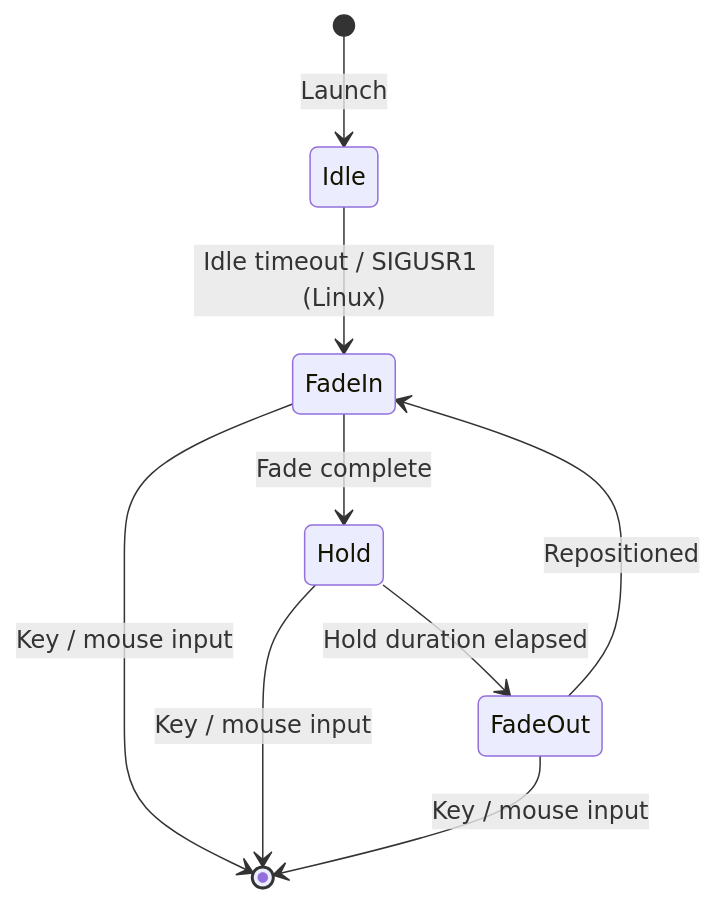
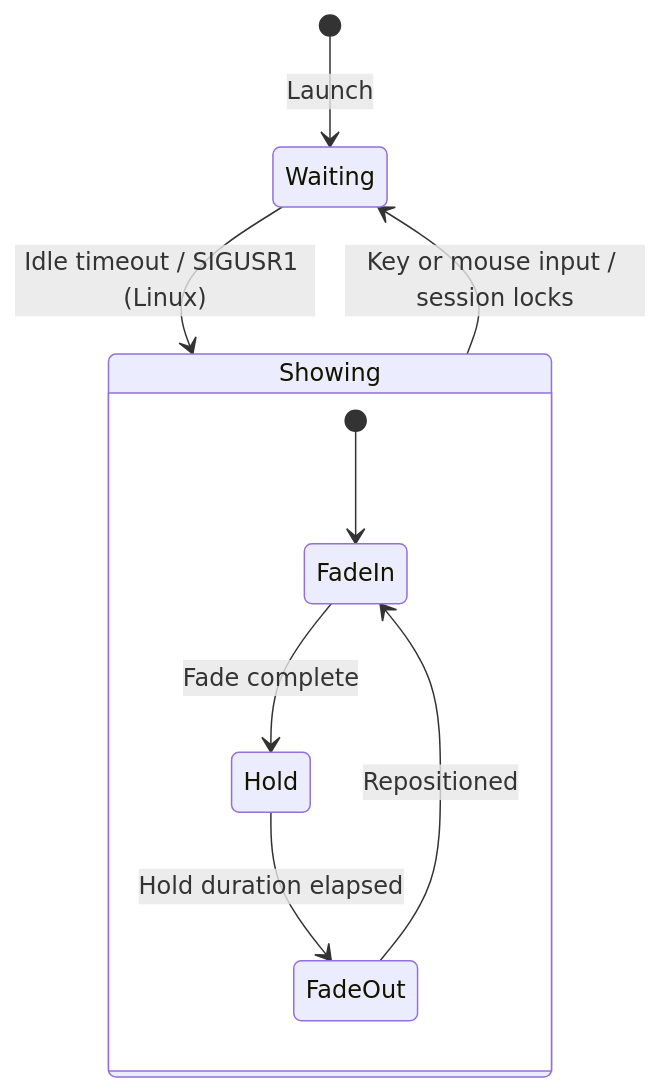
One commit to laveez/olsvr changed the diagram in README.md. Above: the diagram before and after it, drawn with Mermaid. The commit also changed other lines of this file, not shown here.

````diff
--- a/README.md
+++ b/README.md
@@ -174,11 +271,12 @@
 ```mermaid
 stateDiagram-v2
-    [*] --> Idle: Launch
-    Idle --> FadeIn: Idle timeout / SIGUSR1 (Linux)
-    FadeIn --> Hold: Fade complete
-    Hold --> FadeOut: Hold duration elapsed
-    FadeOut --> FadeIn: Repositioned
-    FadeIn --> [*]: Key / mouse input
-    Hold --> [*]: Key / mouse input
-    FadeOut --> [*]: Key / mouse input
+    [*] --> Waiting: Launch
+    Waiting --> Showing: Idle timeout / SIGUSR1 (Linux)
+    state Showing {
+        [*] --> FadeIn
+        FadeIn --> Hold: Fade complete
+        Hold --> FadeOut: Hold duration elapsed
+        FadeOut --> FadeIn: Repositioned
+    }
+    Showing --> Waiting: Key or mouse input / session locks
 ```
````
